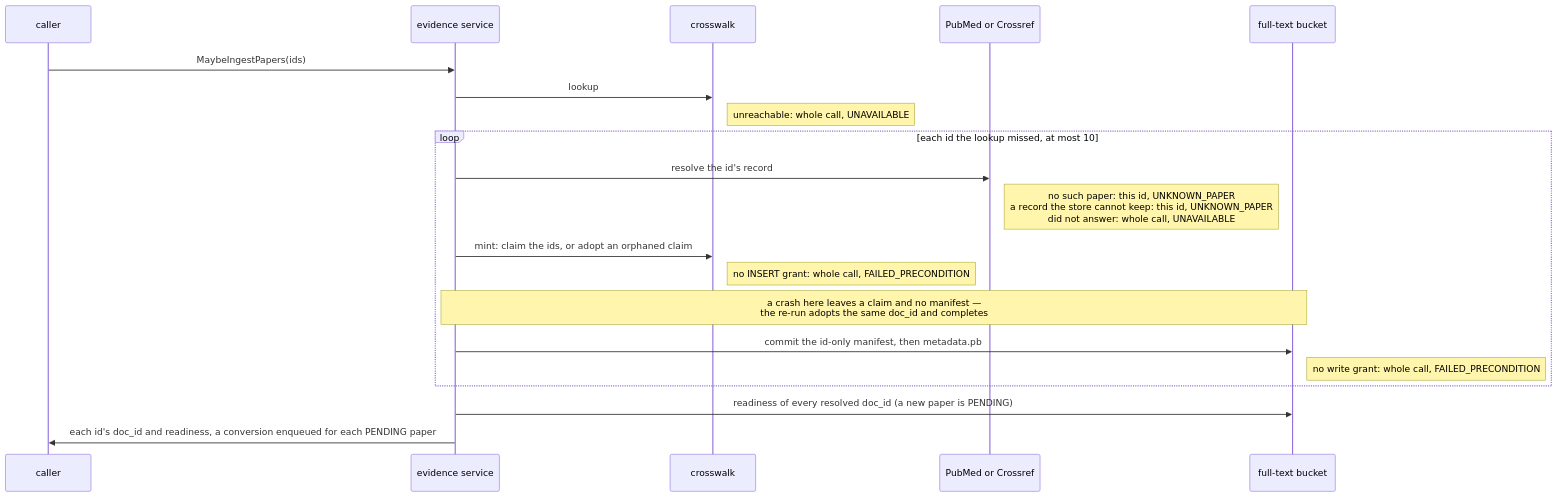
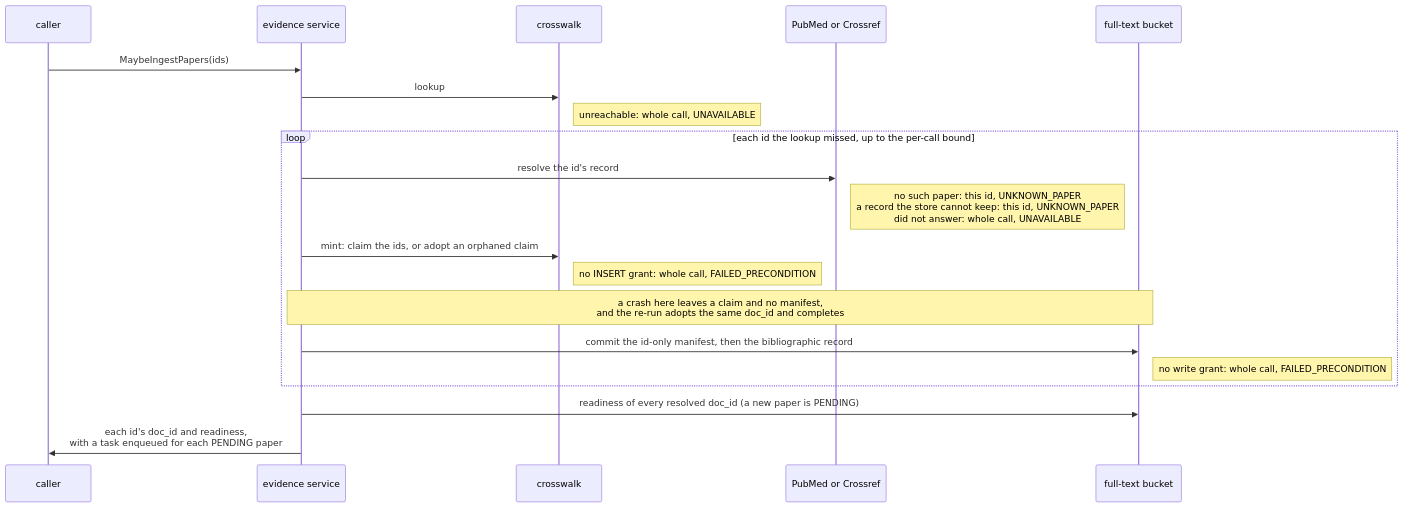
Before and after one commit to populationgenomics/themis: the fifth of 5 diagrams in docs/design/evidence-fulltext.md, drawn with Mermaid. The commit also changed other lines of this file and 4 other files, not shown here.

````diff
--- a/docs/design/evidence-fulltext.md
+++ b/docs/design/evidence-fulltext.md
@@ -165,22 +774,22 @@
 ```mermaid
 sequenceDiagram
     participant C as caller
     participant E as evidence service
     participant X as crosswalk
     participant U as PubMed or Crossref
     participant B as full-text bucket
     C->>E: MaybeIngestPapers(ids)
     E->>X: lookup
     Note right of X: unreachable: whole call, UNAVAILABLE
-    loop each id the lookup missed, at most 10
+    loop each id the lookup missed, up to the per-call bound
         E->>U: resolve the id's record
         Note right of U: no such paper: this id, UNKNOWN_PAPER<br/>a record the store cannot keep: this id, UNKNOWN_PAPER<br/>did not answer: whole call, UNAVAILABLE
         E->>X: mint: claim the ids, or adopt an orphaned claim
         Note right of X: no INSERT grant: whole call, FAILED_PRECONDITION
-        Note over E,B: a crash here leaves a claim and no manifest —<br/>the re-run adopts the same doc_id and completes
-        E->>B: commit the id-only manifest, then metadata.pb
+        Note over E,B: a crash here leaves a claim and no manifest,<br/>and the re-run adopts the same doc_id and completes
+        E->>B: commit the id-only manifest, then the bibliographic record
         Note right of B: no write grant: whole call, FAILED_PRECONDITION
     end
     E->>B: readiness of every resolved doc_id (a new paper is PENDING)
-    E->>C: each id's doc_id and readiness, a conversion enqueued for each PENDING paper
+    E->>C: each id's doc_id and readiness,<br/>with a task enqueued for each PENDING paper
 ```
````
